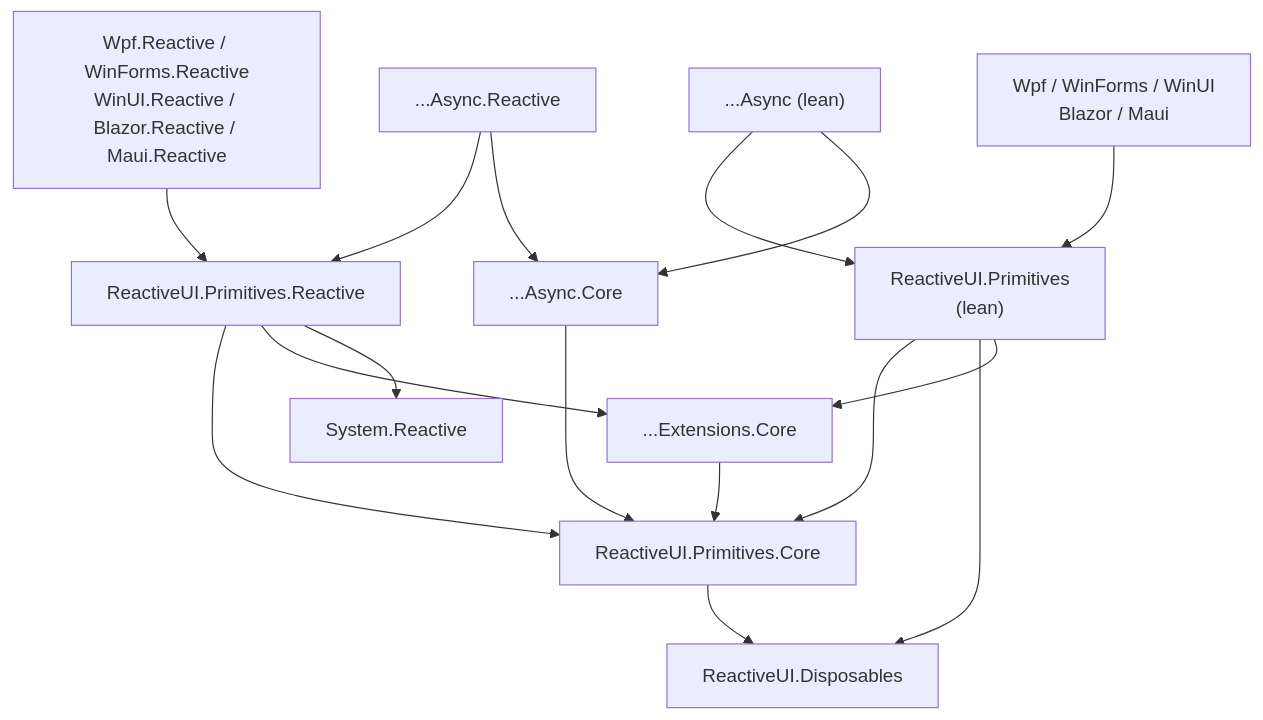
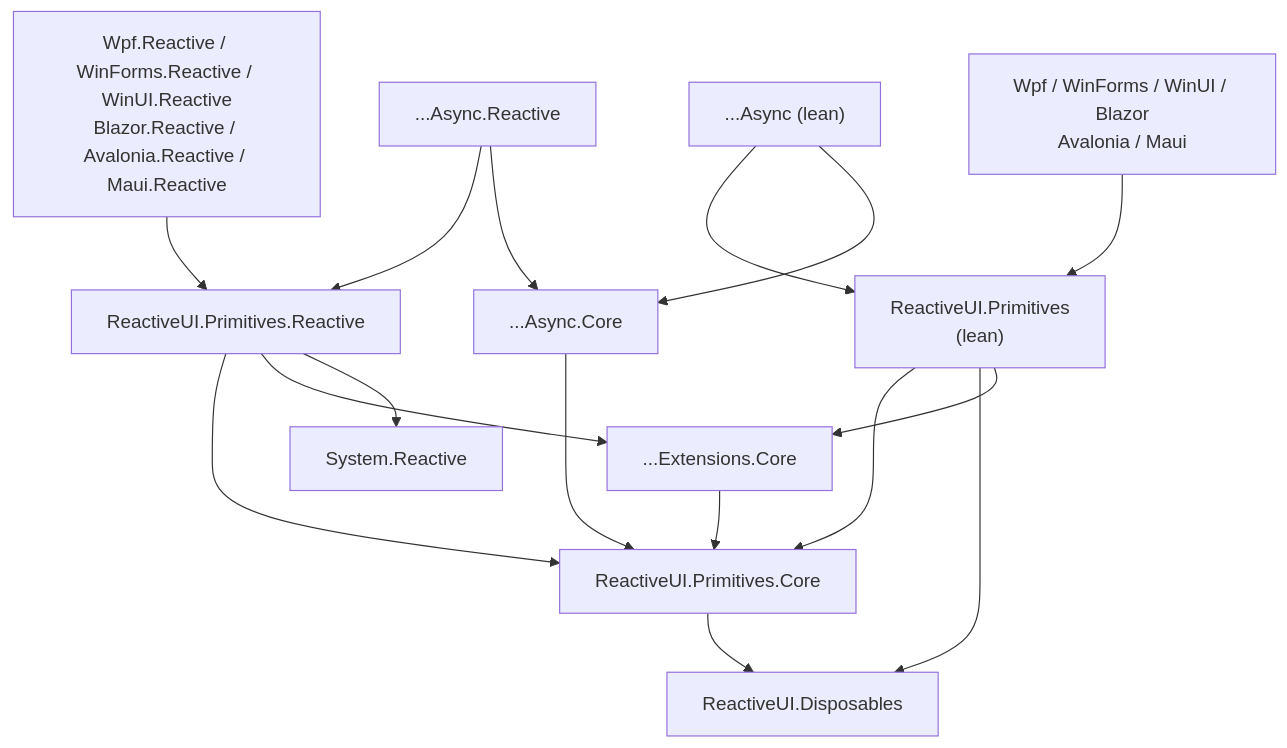
One commit to reactiveui/Primitives changed the diagram in README.md. Above: the diagram before and after it, drawn with Mermaid. The commit also changed other lines of this file and 33 other files, not shown here.

````diff
--- a/README.md
+++ b/README.md
@@ -224,30 +234,30 @@
 ```mermaid
 graph TD
     SR["System.Reactive"]
     Disp["ReactiveUI.Disposables"]
     Core["ReactiveUI.Primitives.Core"]
     Prim["ReactiveUI.Primitives<br/>(lean)"]
     Rx["ReactiveUI.Primitives.Reactive"]
     AsyncCore["...Async.Core"]
     Async["...Async (lean)"]
     AsyncRx["...Async.Reactive"]
     ExtCore["...Extensions.Core"]
-    Plat["Wpf / WinForms / WinUI<br/>Blazor / Maui"]
-    PlatRx["Wpf.Reactive / WinForms.Reactive<br/>WinUI.Reactive / Blazor.Reactive / Maui.Reactive"]
+    Plat["Wpf / WinForms / WinUI / Blazor<br/>Avalonia / Maui"]
+    PlatRx["Wpf.Reactive / WinForms.Reactive / WinUI.Reactive<br/>Blazor.Reactive / Avalonia.Reactive / Maui.Reactive"]
 
     Core --> Disp
     Prim --> Core
     Prim --> Disp
     Prim --> ExtCore
     Rx --> Core
     Rx --> ExtCore
     Rx --> SR
     AsyncCore --> Core
     Async --> Prim
     Async --> AsyncCore
     AsyncRx --> Rx
     AsyncRx --> AsyncCore
     ExtCore --> Core
     Plat --> Prim
     PlatRx --> Rx
 ```
````
